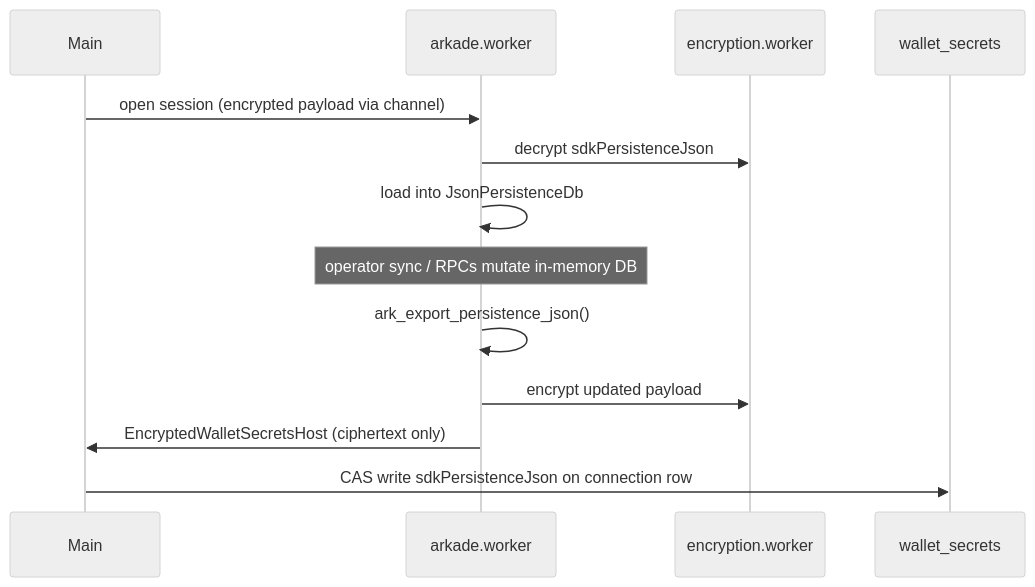
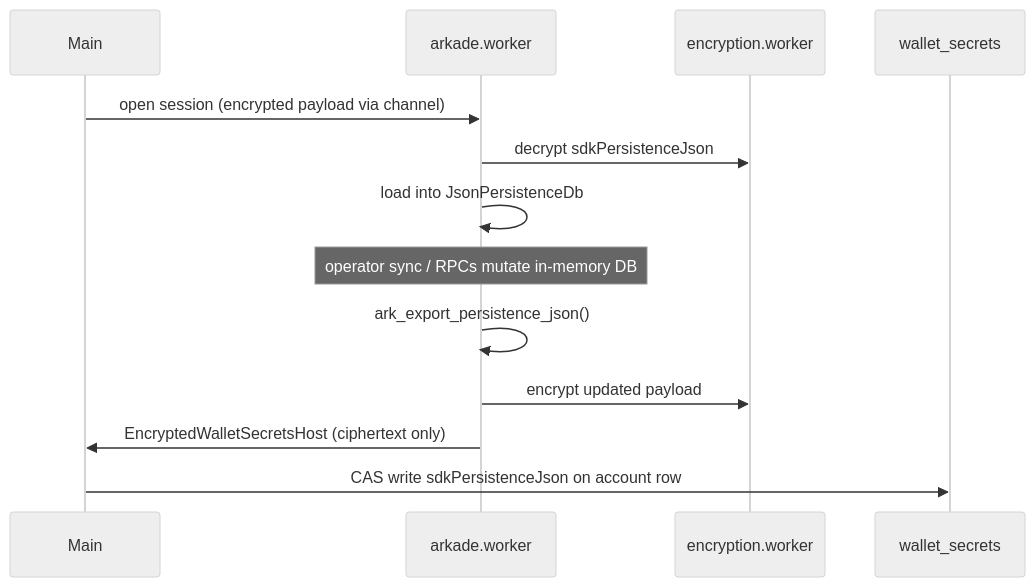
One commit to Radivis/bitboard-pwa-wallet changed the diagram in docs/persistence/arkade.md. Above: the diagram before and after it, drawn with Mermaid (neutral theme). The commit also changed other lines of this file and 82 other files, not shown here.

Commit message:
Renamed connection in the context of Arkade to arkadeAccount

````diff
--- a/docs/persistence/arkade.md
+++ b/docs/persistence/arkade.md
@@ -53,18 +53,18 @@
 ```mermaid
 sequenceDiagram
   participant Main
   participant AW as arkade.worker
   participant EW as encryption.worker
   participant DB as wallet_secrets
 
   Main->>AW: open session (encrypted payload via channel)
   AW->>EW: decrypt sdkPersistenceJson
   AW->>AW: load into JsonPersistenceDb
 
   Note over AW: operator sync / RPCs mutate in-memory DB
 
   AW->>AW: ark_export_persistence_json()
   AW->>EW: encrypt updated payload
   AW->>Main: EncryptedWalletSecretsHost (ciphertext only)
-  Main->>DB: CAS write sdkPersistenceJson on connection row
+  Main->>DB: CAS write sdkPersistenceJson on account row
 ```
````
